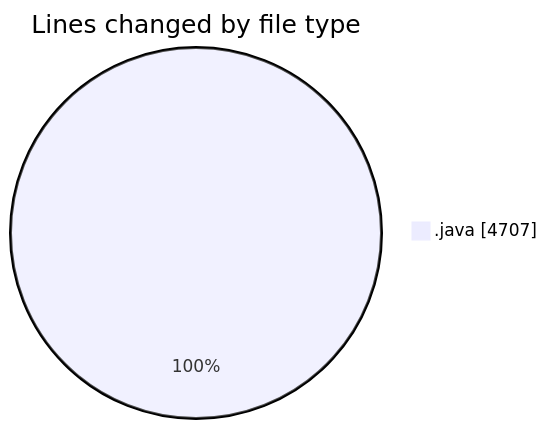
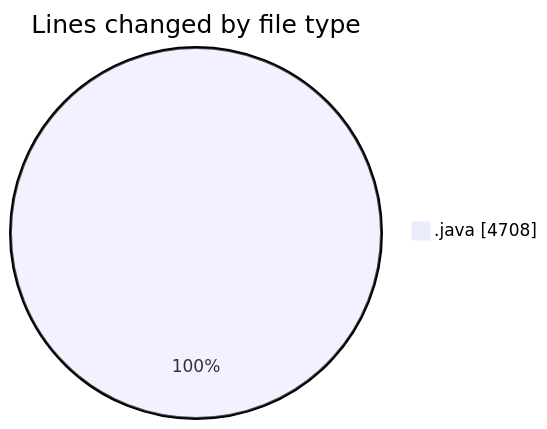
Before and after one commit to ricardozamudiocil/code-tracking: the first of 2 diagrams in 2026-04-09/cilapp/README.md, drawn with Mermaid. The commit also changed other lines of this file and 1 other file, not shown here.

````diff
--- a/2026-04-09/cilapp/README.md
+++ b/2026-04-09/cilapp/README.md
@@ -26,5 +26,5 @@
 ```mermaid
 pie showData
 title Lines changed by file type
-".java" : 4707
+".java" : 4708
 ```
````
